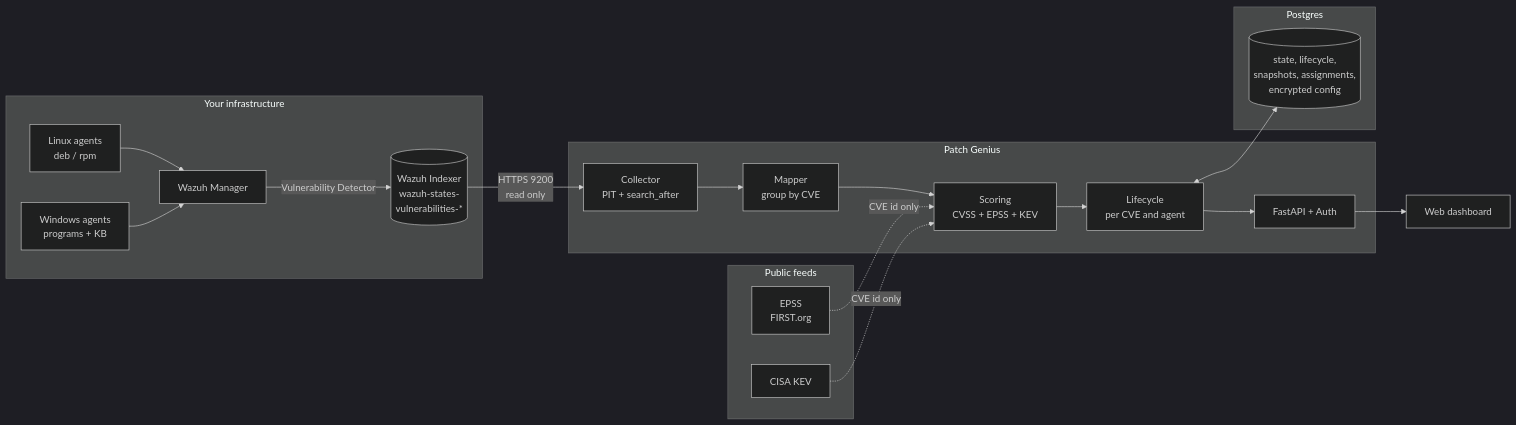
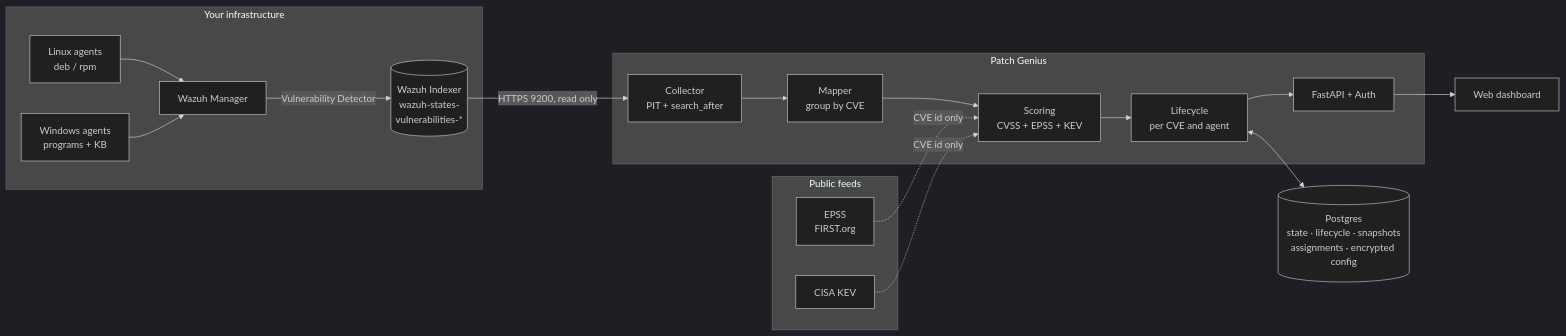
One commit to safernandez666/patch-genius changed the first of 2 diagrams in README.md. Above: the diagram before and after it, drawn with Mermaid (dark theme). The commit also changed other lines of this file and 2 other files, not shown here.

````diff
--- a/README.md
+++ b/README.md
@@ -39,36 +64,34 @@
 ```mermaid
 flowchart LR
     subgraph infra["Your infrastructure"]
         AL["Linux agents<br/>deb / rpm"]
         AW["Windows agents<br/>programs + KB"]
         MGR["Wazuh Manager"]
         IDX[("Wazuh Indexer<br/>wazuh-states-<br/>vulnerabilities-*")]
         AL --> MGR
         AW --> MGR
         MGR -->|Vulnerability Detector| IDX
     end
 
     subgraph pg["Patch Genius"]
         COL["Collector<br/>PIT + search_after"]
         MAP["Mapper<br/>group by CVE"]
         SCORE["Scoring<br/>CVSS + EPSS + KEV"]
         LIFE["Lifecycle<br/>per CVE and agent"]
         API["FastAPI + Auth"]
         COL --> MAP --> SCORE --> LIFE --> API
     end
 
     subgraph feeds["Public feeds"]
         EPSS["EPSS<br/>FIRST.org"]
         KEV["CISA KEV"]
     end
 
-    subgraph store["Postgres"]
-        DB[("state, lifecycle,<br/>snapshots, assignments,<br/>encrypted config")]
-    end
+    DB[("Postgres<br/>state · lifecycle · snapshots<br/>assignments · encrypted config")]
 
-    IDX -->|"HTTPS 9200<br/>read only"| COL
+    IDX -->|"HTTPS 9200, read only"| COL
     EPSS -.->|"CVE id only"| SCORE
     KEV -.->|"CVE id only"| SCORE
     LIFE <--> DB
     API --> UI["Web dashboard"]
 ```
````
